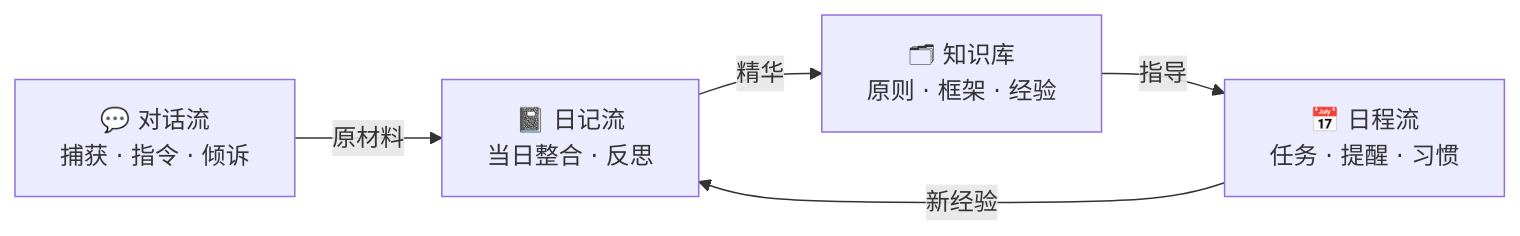
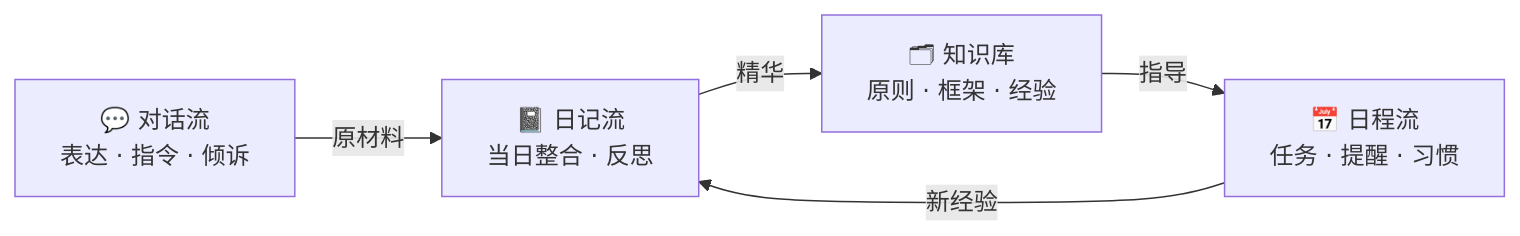
The eighth of 14 diagrams in docs/design/PRD.md (zhuxining/MindClaw), drawn with Mermaid before and after one commit. The commit also changed other lines of this file and 9 other files, not shown here.

First line of the commit message:
docs: remove capture subsystem, add agent hooks/skills/pipeline architecture

````diff
--- a/docs/design/PRD.md
+++ b/docs/design/PRD.md
@@ -392,7 +391,7 @@
 ```mermaid
 graph LR
-    CF["💬 对话流<br>捕获 · 指令 · 倾诉"] -->|原材料| JF
+    CF["💬 对话流<br>表达 · 指令 · 倾诉"] -->|原材料| JF
     JF["📓 日记流<br>当日整合 · 反思"] -->|精华| KB4
     KB4["🗂 知识库<br>原则 · 框架 · 经验"] -->|指导| SF
     SF["📅 日程流<br>任务 · 提醒 · 习惯"] -->|新经验| JF
 ```
````
